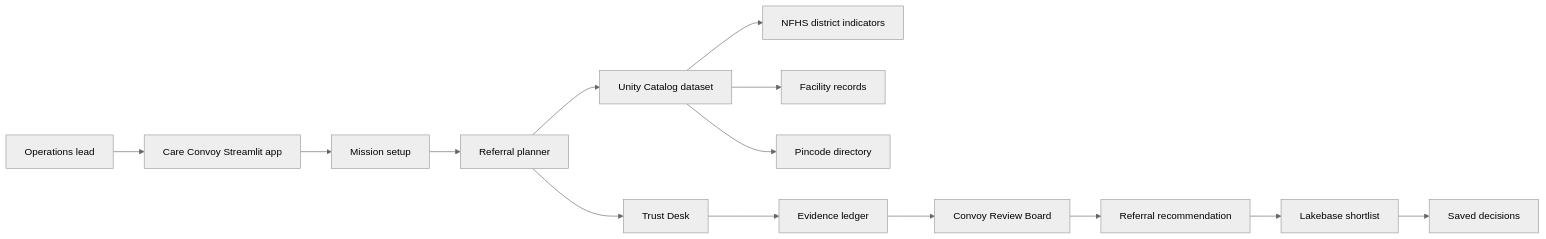
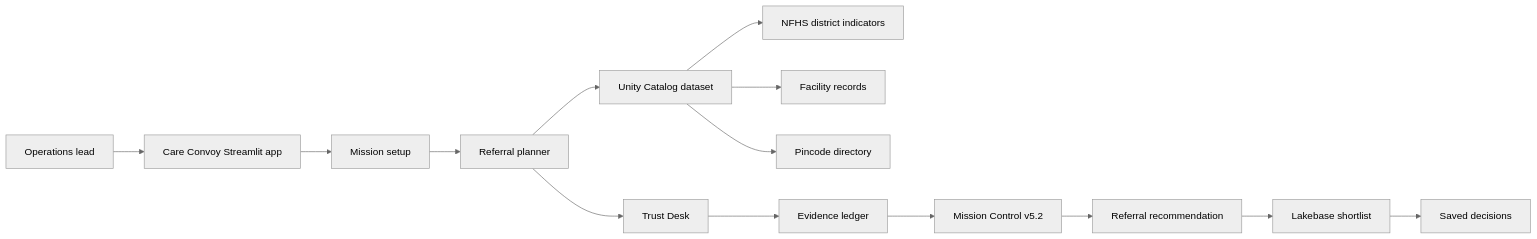
One commit to Pingying-Chen/DAIS-hackathon-2026 changed the diagram in README.md. Above: the diagram before and after it, drawn with Mermaid (neutral theme). The commit also changed other lines of this file and 14 other files, not shown here.

Commit message:
Add v5.2 Mission Control short-copy app flow.

````diff
--- a/README.md
+++ b/README.md
@@ -64,18 +67,18 @@
 ```mermaid
 flowchart LR
     user["Operations lead"] --> app["Care Convoy Streamlit app"]
     app --> setup["Mission setup"]
     setup --> planner["Referral planner"]
 
     planner --> uc["Unity Catalog dataset"]
     uc --> nfhs["NFHS district indicators"]
     uc --> facilities["Facility records"]
     uc --> pincodes["Pincode directory"]
 
     planner --> trust["Trust Desk"]
     trust --> evidence["Evidence ledger"]
-    evidence --> board["Convoy Review Board"]
+    evidence --> board["Mission Control v5.2"]
     board --> packet["Referral recommendation"]
     packet --> lakebase["Lakebase shortlist"]
     lakebase --> saved["Saved decisions"]
 ```
````
